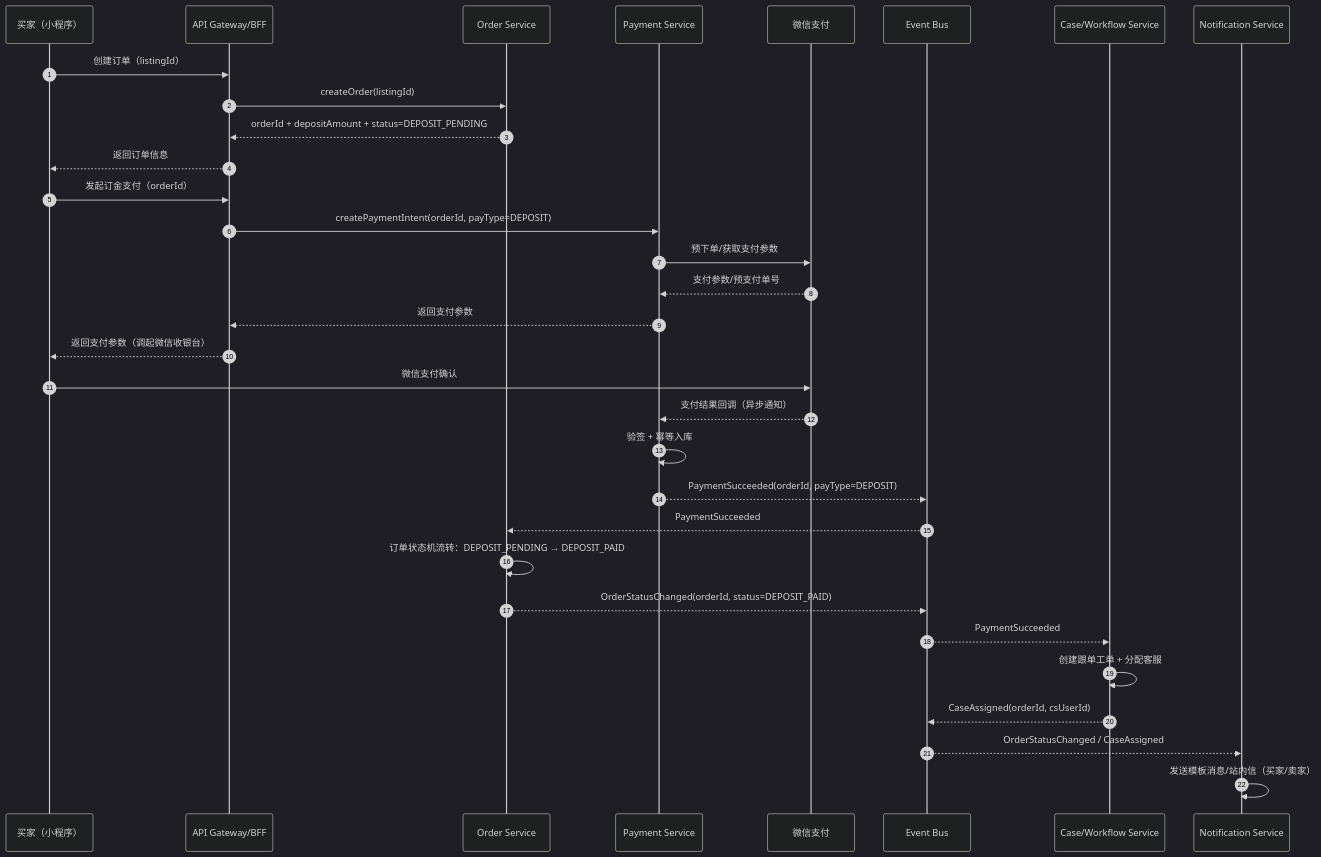
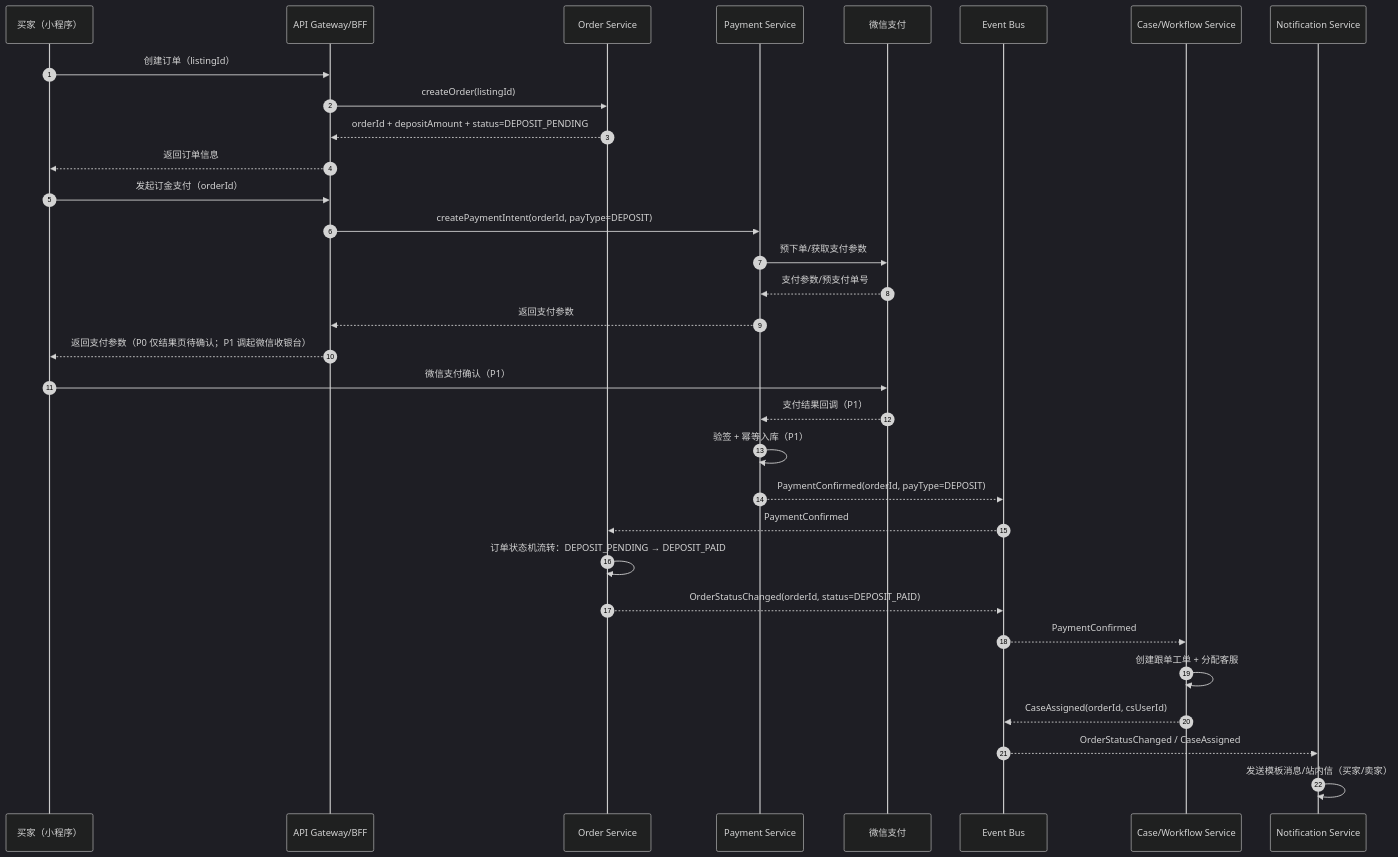
Before and after one commit to Ming-1984/Ipmoney: the diagram in docs/architecture/sequence-deposit-payment.mmd, drawn with Mermaid (dark theme). The commit also changed other lines of this file and 289 other files, not shown here.

Commit message:
docs: refresh architecture, engineering, legal docs and demos

```diff
--- a/docs/architecture/sequence-deposit-payment.mmd
+++ b/docs/architecture/sequence-deposit-payment.mmd
@@ -1,38 +1,38 @@
 sequenceDiagram
   autonumber
   participant Buyer as 买家（小程序）
   participant GW as API Gateway/BFF
   participant Order as Order Service
   participant Pay as Payment Service
   participant WxPay as 微信支付
   participant Bus as Event Bus
   participant Case as Case/Workflow Service
   participant Notif as Notification Service
 
   Buyer->>GW: 创建订单（listingId）
   GW->>Order: createOrder(listingId)
   Order-->>GW: orderId + depositAmount + status=DEPOSIT_PENDING
   GW-->>Buyer: 返回订单信息
 
   Buyer->>GW: 发起订金支付（orderId）
   GW->>Pay: createPaymentIntent(orderId, payType=DEPOSIT)
   Pay->>WxPay: 预下单/获取支付参数
   WxPay-->>Pay: 支付参数/预支付单号
   Pay-->>GW: 返回支付参数
-  GW-->>Buyer: 返回支付参数（调起微信收银台）
+  GW-->>Buyer: 返回支付参数（P0 仅结果页待确认；P1 调起微信收银台）
 
-  Buyer->>WxPay: 微信支付确认
-  WxPay-->>Pay: 支付结果回调（异步通知）
-  Pay->>Pay: 验签 + 幂等入库
-  Pay-->>Bus: PaymentSucceeded(orderId, payType=DEPOSIT)
+  Buyer->>WxPay: 微信支付确认（P1）
+  WxPay-->>Pay: 支付结果回调（P1）
+  Pay->>Pay: 验签 + 幂等入库（P1）
+  Pay-->>Bus: PaymentConfirmed(orderId, payType=DEPOSIT)
 
-  Bus-->>Order: PaymentSucceeded
+  Bus-->>Order: PaymentConfirmed
   Order->>Order: 订单状态机流转：DEPOSIT_PENDING → DEPOSIT_PAID
   Order-->>Bus: OrderStatusChanged(orderId, status=DEPOSIT_PAID)
 
-  Bus-->>Case: PaymentSucceeded
+  Bus-->>Case: PaymentConfirmed
   Case->>Case: 创建跟单工单 + 分配客服
   Case-->>Bus: CaseAssigned(orderId, csUserId)
 
   Bus-->>Notif: OrderStatusChanged / CaseAssigned
   Notif->>Notif: 发送模板消息/站内信（买家/卖家）
```
